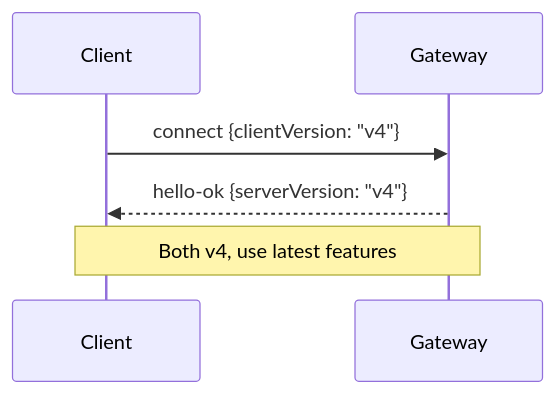
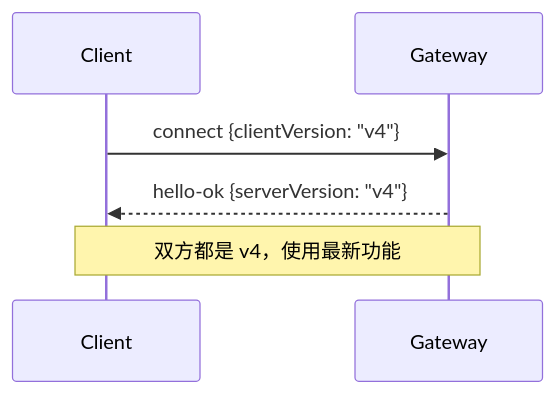
Before and after one commit to a576378368/openclaw_docs: the third of 4 diagrams in docs/zh/architecture-book/part-4-gateway-protocol/01-protocol-overview.md, drawn with Mermaid. The commit also changed other lines of this file and 4 other files, not shown here.

````diff
--- a/docs/zh/architecture-book/part-4-gateway-protocol/01-protocol-overview.md
+++ b/docs/zh/architecture-book/part-4-gateway-protocol/01-protocol-overview.md
@@ -174,9 +174,9 @@
 ```mermaid
 sequenceDiagram
     participant Client
     participant Gateway
 
     Client->>Gateway: connect {clientVersion: "v4"}
     Gateway-->>Client: hello-ok {serverVersion: "v4"}
-    Note over Client,Gateway: Both v4, use latest features
+    Note over Client,Gateway: 双方都是 v4，使用最新功能
 ```
````
